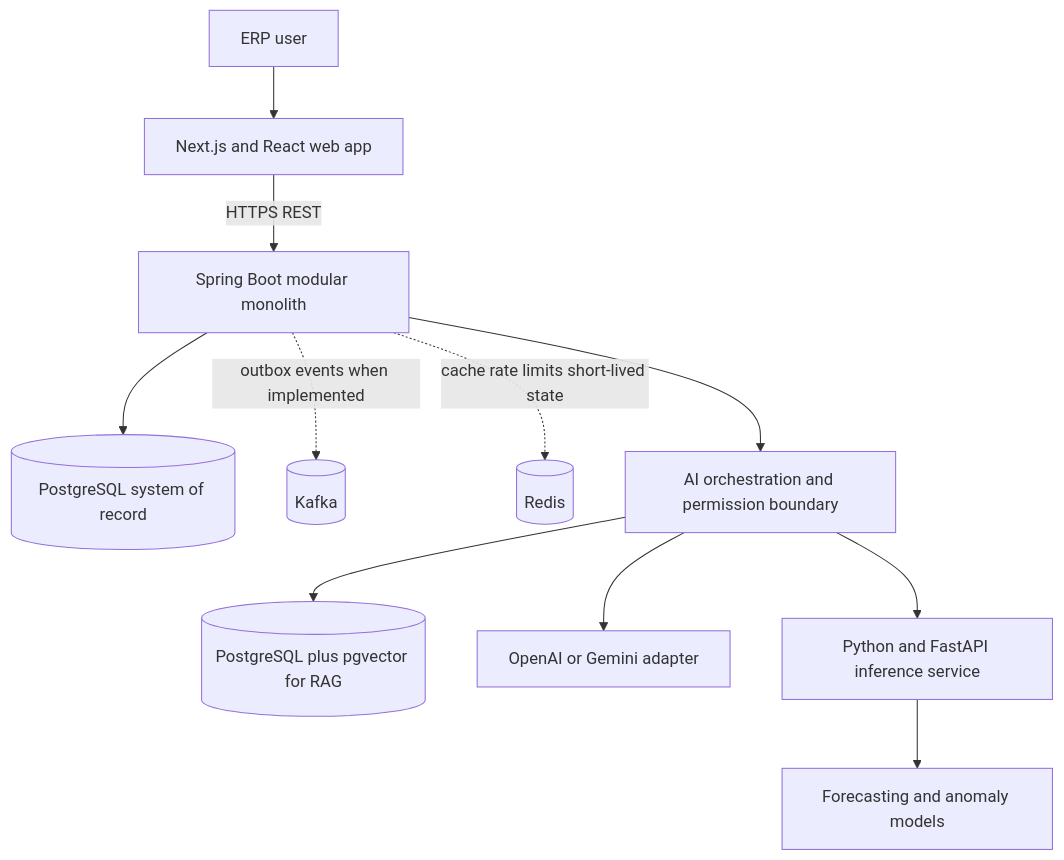
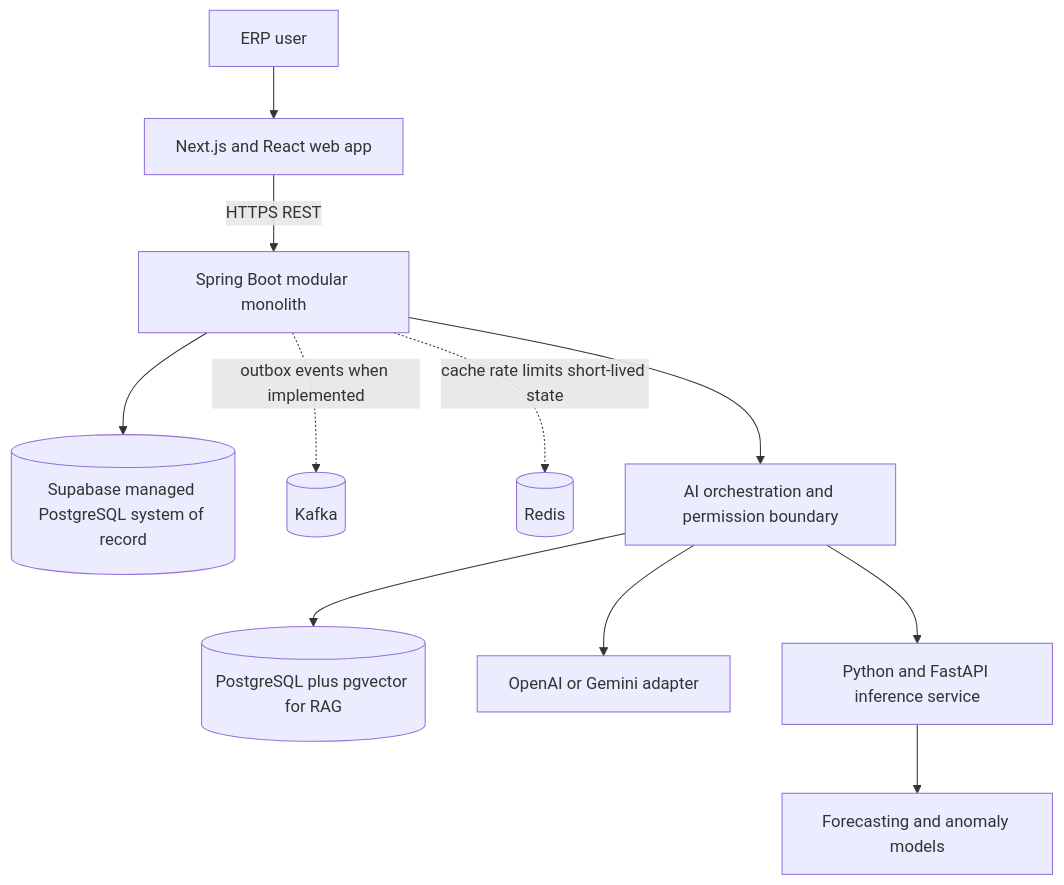
Before and after one commit to YituTheDeveloper/AI-Native-Manufacturing-ERP: the diagram in docs/ARCHITECTURE.md, drawn with Mermaid. The commit also changed other lines of this file and 7 other files, not shown here.

````diff
--- a/docs/ARCHITECTURE.md
+++ b/docs/ARCHITECTURE.md
@@ -11,13 +11,13 @@
 ```mermaid
 flowchart TB
   User[ERP user] --> Web[Next.js and React web app]
   Web -->|HTTPS REST| ERP[Spring Boot modular monolith]
-  ERP --> PG[(PostgreSQL system of record)]
+  ERP --> PG[(Supabase managed PostgreSQL system of record)]
   ERP -. outbox events when implemented .-> Kafka[(Kafka)]
   ERP -. cache rate limits short-lived state .-> Redis[(Redis)]
   ERP --> AI[AI orchestration and permission boundary]
   AI --> PGV[(PostgreSQL plus pgvector for RAG)]
   AI --> Providers[OpenAI or Gemini adapter]
   AI --> ML[Python and FastAPI inference service]
   ML --> Models[Forecasting and anomaly models]
 ```
````
